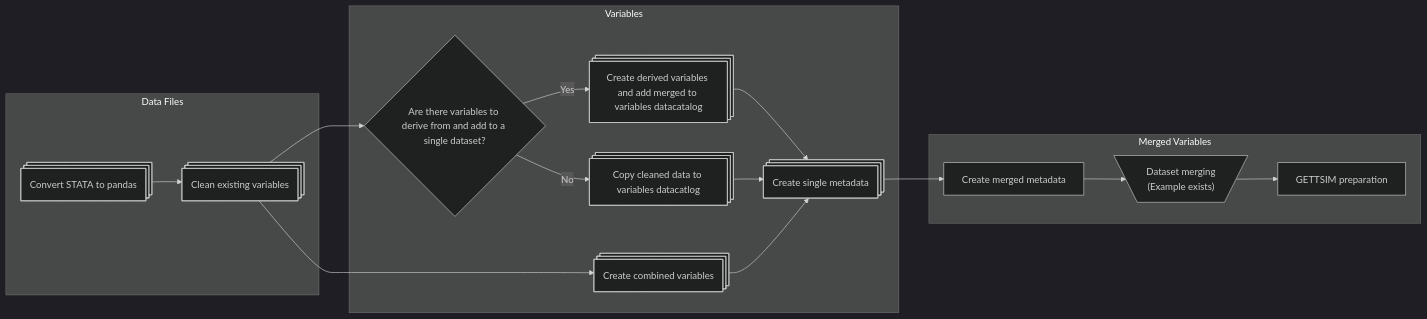
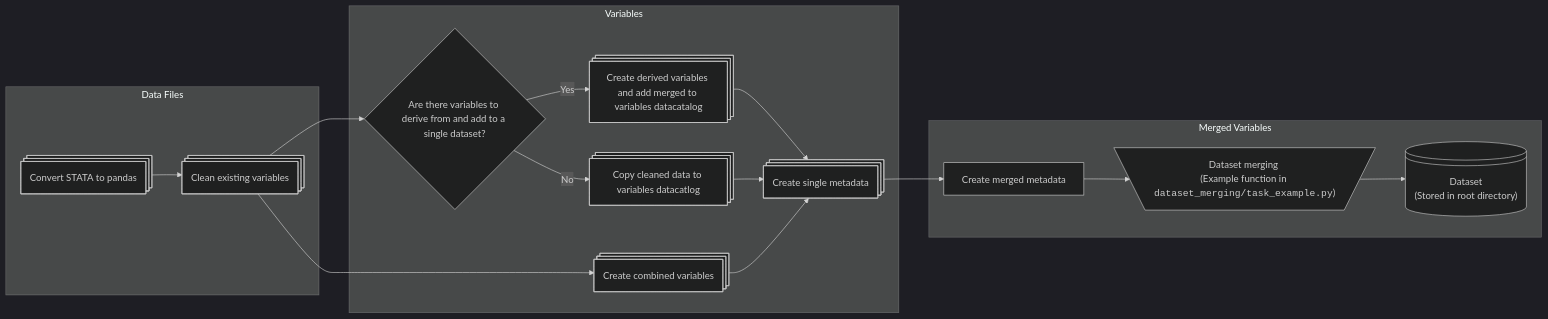
Before and after one commit to ttsim-dev/soep-preparation: the diagram in README.md, drawn with Mermaid (dark theme). The commit also changed other lines of this file, not shown here.

````diff
--- a/README.md
+++ b/README.md
@@ -17,22 +17,22 @@
 ```mermaid
 flowchart LR
   subgraph Data Files
     id1@{ shape: processes, label: "Convert STATA to pandas" }-->id2@{ shape: processes, label: "Clean existing variables" }
   end
 
   subgraph Variables
     id2-->idDecision1{Are there variables to derive from and add to a single dataset?}
     idDecision1-->|Yes|id3@{ shape: processes, label: "Create derived variables and add merged to variables datacatalog" }
     idDecision1-->|No|id4@{ shape: processes, label: "Copy cleaned data to variables datacatlog" }
     id2-->id5@{ shape: processes, label: "Create combined variables" }
     id3-->id6@{ shape: processes, label: "Create single metadata" }
     id4-->id6
     id5-->id6
   end
 
   subgraph Merged Variables
     id6-->id7["Create merged metadata"]
-    id7-->id8@{ shape: trap-t, label: "Dataset merging \n(Example exists)" }
-    id8-->id9["GETTSIM preparation"]
+    id7-->id8@{ shape: trap-t, label: "Dataset merging \n(Example function in <code>dataset_merging/task_example.py</code>)" }
+    id8-->id9@{ shape: lin-cyl, label: "Dataset \n(Stored in root directory)" }
   end
 ```
````
